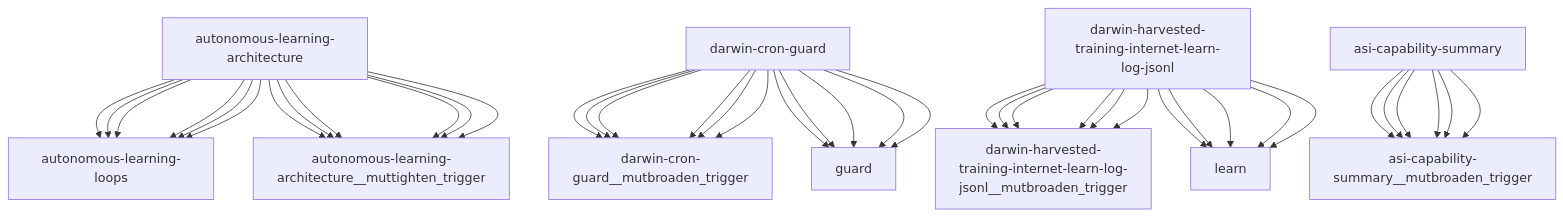
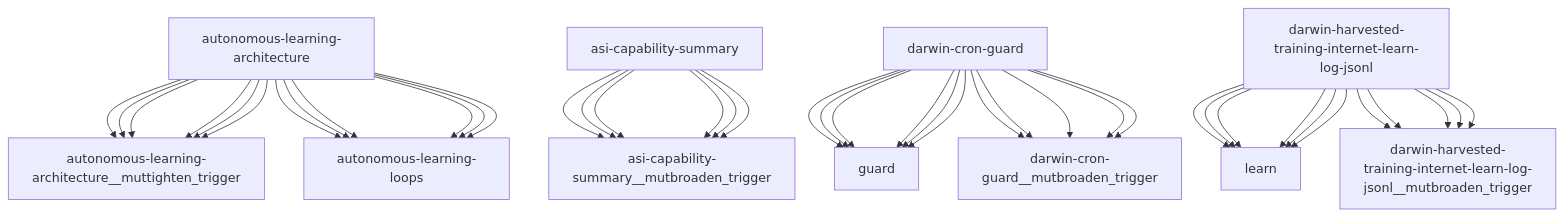
The diagram in reports/darwin-report.md (openamer/openamer), drawn with Mermaid before and after one commit. The commit also changed other lines of this file and 8 other files, not shown here.

````diff
--- a/reports/darwin-report.md
+++ b/reports/darwin-report.md
@@ -74,43 +74,43 @@
 ```mermaid
 graph TD
+    autonomous-learning-architecture["autonomous-learning-architecture"] --> autonomous-learning-architecture__muttighten_trigger["autonomous-learning-architecture__muttighten_trigger"]
+    asi-capability-summary["asi-capability-summary"] --> asi-capability-summary__mutbroaden_trigger["asi-capability-summary__mutbroaden_trigger"]
+    darwin-cron-guard["darwin-cron-guard"] --> guard["guard"]
+    darwin-harvested-training-internet-learn-log-jsonl["darwin-harvested-training-internet-learn-log-jsonl"] --> learn["learn"]
     autonomous-learning-architecture["autonomous-learning-architecture"] --> autonomous-learning-loops["autonomous-learning-loops"]
     darwin-cron-guard["darwin-cron-guard"] --> darwin-cron-guard__mutbroaden_trigger["darwin-cron-guard__mutbroaden_trigger"]
     darwin-harvested-training-internet-learn-log-jsonl["darwin-harvested-training-internet-learn-log-jsonl"] --> darwin-harvested-training-internet-learn-log-jsonl__mutbroaden_trigger["darwin-harvested-training-internet-learn-log-jsonl__mutbroaden_trigger"]
     autonomous-learning-architecture["autonomous-learning-architecture"] --> autonomous-learning-architecture__muttighten_trigger["autonomous-learning-architecture__muttighten_trigger"]
     asi-capability-summary["asi-capability-summary"] --> asi-capability-summary__mutbroaden_trigger["asi-capability-summary__mutbroaden_trigger"]
     darwin-cron-guard["darwin-cron-guard"] --> guard["guard"]
     darwin-harvested-training-internet-learn-log-jsonl["darwin-harvested-training-internet-learn-log-jsonl"] --> learn["learn"]
     autonomous-learning-architecture["autonomous-learning-architecture"] --> autonomous-learning-loops["autonomous-learning-loops"]
     darwin-cron-guard["darwin-cron-guard"] --> darwin-cron-guard__mutbroaden_trigger["darwin-cron-guard__mutbroaden_trigger"]
     darwin-harvested-training-internet-learn-log-jsonl["darwin-harvested-training-internet-learn-log-jsonl"] --> darwin-harvested-training-internet-learn-log-jsonl__mutbroaden_trigger["darwin-harvested-training-internet-learn-log-jsonl__mutbroaden_trigger"]
     autonomous-learning-architecture["autonomous-learning-architecture"] --> autonomous-learning-architecture__muttighten_trigger["autonomous-learning-architecture__muttighten_trigger"]
     asi-capability-summary["asi-capability-summary"] --> asi-capability-summary__mutbroaden_trigger["asi-capability-summary__mutbroaden_trigger"]
     darwin-cron-guard["darwin-cron-guard"] --> guard["guard"]
     darwin-harvested-training-internet-learn-log-jsonl["darwin-harvested-training-internet-learn-log-jsonl"] --> learn["learn"]
     autonomous-learning-architecture["autonomous-learning-architecture"] --> autonomous-learning-loops["autonomous-learning-loops"]
     darwin-cron-guard["darwin-cron-guard"] --> darwin-cron-guard__mutbroaden_trigger["darwin-cron-guard__mutbroaden_trigger"]
     darwin-harvested-training-internet-learn-log-jsonl["darwin-harvested-training-internet-learn-log-jsonl"] --> darwin-harvested-training-internet-learn-log-jsonl__mutbroaden_trigger["darwin-harvested-training-internet-learn-log-jsonl__mutbroaden_trigger"]
     autonomous-learning-architecture["autonomous-learning-architecture"] --> autonomous-learning-architecture__muttighten_trigger["autonomous-learning-architecture__muttighten_trigger"]
     asi-capability-summary["asi-capability-summary"] --> asi-capability-summary__mutbroaden_trigger["asi-capability-summary__mutbroaden_trigger"]
     darwin-cron-guard["darwin-cron-guard"] --> guard["guard"]
     darwin-harvested-training-internet-learn-log-jsonl["darwin-harvested-training-internet-learn-log-jsonl"] --> learn["learn"]
     autonomous-learning-architecture["autonomous-learning-architecture"] --> autonomous-learning-loops["autonomous-learning-loops"]
     darwin-cron-guard["darwin-cron-guard"] --> darwin-cron-guard__mutbroaden_trigger["darwin-cron-guard__mutbroaden_trigger"]
     darwin-harvested-training-internet-learn-log-jsonl["darwin-harvested-training-internet-learn-log-jsonl"] --> darwin-harvested-training-internet-learn-log-jsonl__mutbroaden_trigger["darwin-harvested-training-internet-learn-log-jsonl__mutbroaden_trigger"]
     autonomous-learning-architecture["autonomous-learning-architecture"] --> autonomous-learning-architecture__muttighten_trigger["autonomous-learning-architecture__muttighten_trigger"]
     asi-capability-summary["asi-capability-summary"] --> asi-capability-summary__mutbroaden_trigger["asi-capability-summary__mutbroaden_trigger"]
     darwin-cron-guard["darwin-cron-guard"] --> guard["guard"]
     darwin-harvested-training-internet-learn-log-jsonl["darwin-harvested-training-internet-learn-log-jsonl"] --> learn["learn"]
     autonomous-learning-architecture["autonomous-learning-architecture"] --> autonomous-learning-loops["autonomous-learning-loops"]
     darwin-cron-guard["darwin-cron-guard"] --> darwin-cron-guard__mutbroaden_trigger["darwin-cron-guard__mutbroaden_trigger"]
     darwin-harvested-training-internet-learn-log-jsonl["darwin-harvested-training-internet-learn-log-jsonl"] --> darwin-harvested-training-internet-learn-log-jsonl__mutbroaden_trigger["darwin-harvested-training-internet-learn-log-jsonl__mutbroaden_trigger"]
     autonomous-learning-architecture["autonomous-learning-architecture"] --> autonomous-learning-architecture__muttighten_trigger["autonomous-learning-architecture__muttighten_trigger"]
     asi-capability-summary["asi-capability-summary"] --> asi-capability-summary__mutbroaden_trigger["asi-capability-summary__mutbroaden_trigger"]
-    darwin-cron-guard["darwin-cron-guard"] --> darwin-cron-guard__mutbroaden_trigger["darwin-cron-guard__mutbroaden_trigger"]
-    darwin-harvested-training-internet-learn-log-jsonl["darwin-harvested-training-internet-learn-log-jsonl"] --> darwin-harvested-training-internet-learn-log-jsonl__mutbroaden_trigger["darwin-harvested-training-internet-learn-log-jsonl__mutbroaden_trigger"]
-    autonomous-learning-architecture["autonomous-learning-architecture"] --> autonomous-learning-architecture__muttighten_trigger["autonomous-learning-architecture__muttighten_trigger"]
-    asi-capability-summary["asi-capability-summary"] --> asi-capability-summary__mutbroaden_trigger["asi-capability-summary__mutbroaden_trigger"]
     darwin-cron-guard["darwin-cron-guard"] --> guard["guard"]
     darwin-harvested-training-internet-learn-log-jsonl["darwin-harvested-training-internet-learn-log-jsonl"] --> learn["learn"]
     autonomous-learning-architecture["autonomous-learning-architecture"] --> autonomous-learning-loops["autonomous-learning-loops"]
 ```
````
